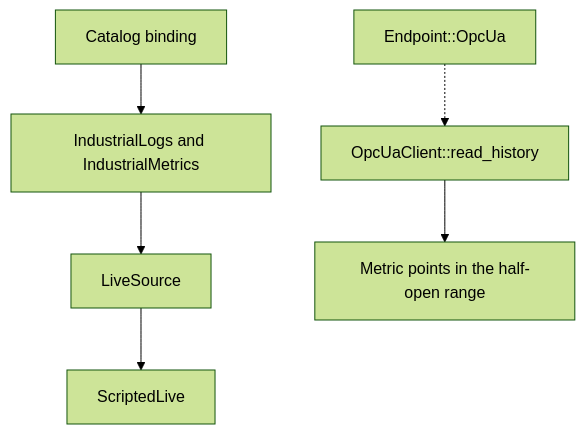
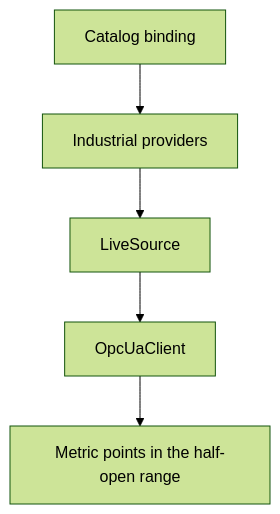
The diagram in backlog/docs/reference/opc-ua/doc-7 - OPC-UA.md (A3Analytics/a2a-lab-dev-kit-rs), drawn with Mermaid (forest theme) before and after one commit. The commit also changed other lines of this file and 4 other files, not shown here.

````diff
--- a/backlog/docs/reference/opc-ua/doc-7 - OPC-UA.md
+++ b/backlog/docs/reference/opc-ua/doc-7 - OPC-UA.md
@@ -19,10 +19,9 @@
 ```mermaid
 flowchart TD
-  accTitle: Live source and history helper
-  accDescr: A catalog binding reaches IndustrialLogs and IndustrialMetrics. Those providers call LiveSource, and ScriptedLive implements it. An endpoint reaches OpcUaClient read_history on a separate path and returns metric points.
-  binding["Catalog binding"] --> providers["IndustrialLogs and IndustrialMetrics"]
+  accTitle: OPC UA live readings
+  accDescr: A catalog binding reaches the industrial providers. Those providers call LiveSource. OpcUaClient implements LiveSource and returns metric points. That connection is upcoming.
+  binding["Catalog binding"] --> providers["Industrial providers"]
   providers --> live["LiveSource"]
-  live --> scripted["ScriptedLive"]
-  endpoint["Endpoint::OpcUa"] -.-> helper["OpcUaClient::read_history"]
-  helper --> points["Metric points in the half-open range"]
+  live --> client["OpcUaClient"]
+  client --> points["Metric points in the half-open range"]
 ```
````
